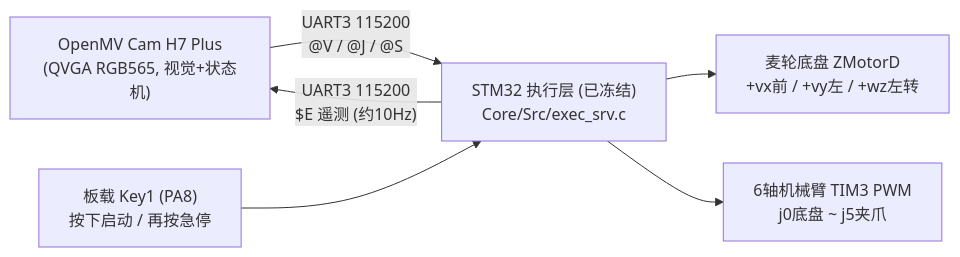
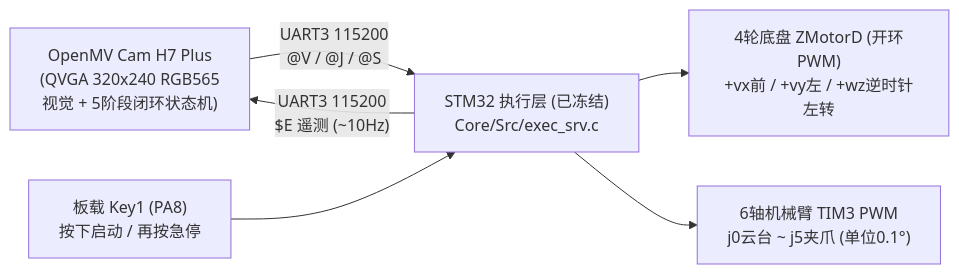
One commit to xuan-852/mechanical-arm changed the first of 2 diagrams in COMPETITION_DEV_GUIDE.md. Above: the diagram before and after it, drawn with Mermaid. The commit also changed other lines of this file, not shown here.

````diff
--- a/COMPETITION_DEV_GUIDE.md
+++ b/COMPETITION_DEV_GUIDE.md
@@ -13,8 +24,8 @@
 ```mermaid
 flowchart LR
-    OMV["OpenMV Cam H7 Plus<br/>(QVGA RGB565, 视觉+状态机)"] -- "UART3 115200<br/>@V / @J / @S" --> STM32["STM32 执行层 (已冻结)<br/>Core/Src/exec_srv.c"]
-    STM32 -- "UART3 115200<br/>$E 遥测 (约10Hz)" --> OMV
+    OMV["OpenMV Cam H7 Plus<br/>(QVGA 320x240 RGB565<br/>视觉 + 5阶段闭环状态机)"] -- "UART3 115200<br/>@V / @J / @S" --> STM32["STM32 执行层 (已冻结)<br/>Core/Src/exec_srv.c"]
+    STM32 -- "UART3 115200<br/>$E 遥测 (~10Hz)" --> OMV
     KEY1["板载 Key1 (PA8)<br/>按下启动 / 再按急停"] --> STM32
-    STM32 --> CAR["麦轮底盘 ZMotorD<br/>+vx前 / +vy左 / +wz左转"]
-    STM32 --> ARM["6轴机械臂 TIM3 PWM<br/>j0底盘 ~ j5夹爪"]
+    STM32 --> CAR["4轮底盘 ZMotorD (开环PWM)<br/>+vx前 / +vy左 / +wz逆时针左转"]
+    STM32 --> ARM["6轴机械臂 TIM3 PWM<br/>j0云台 ~ j5夹爪 (单位0.1°)"]
 ```
````
